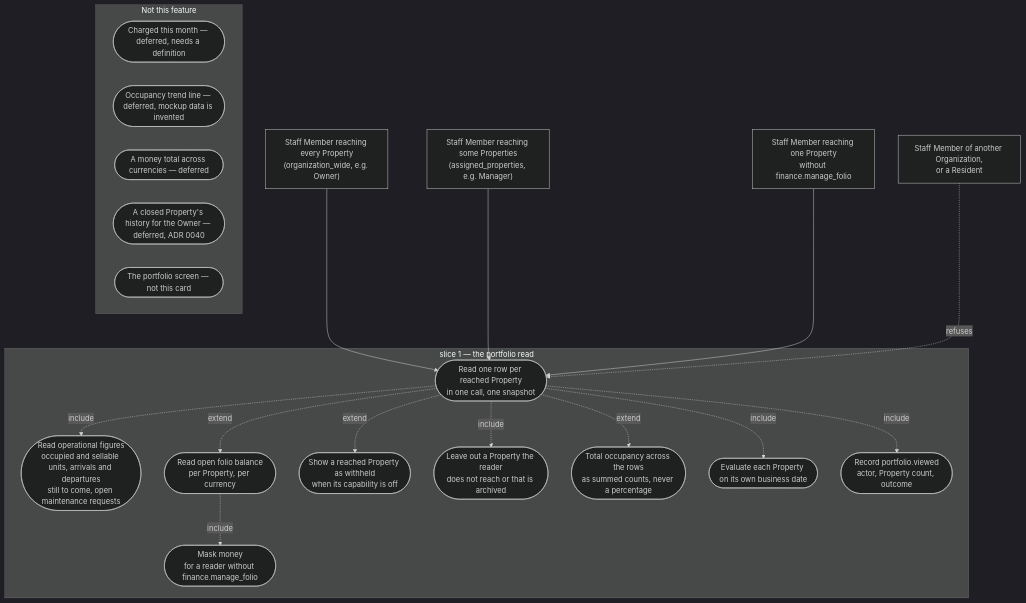
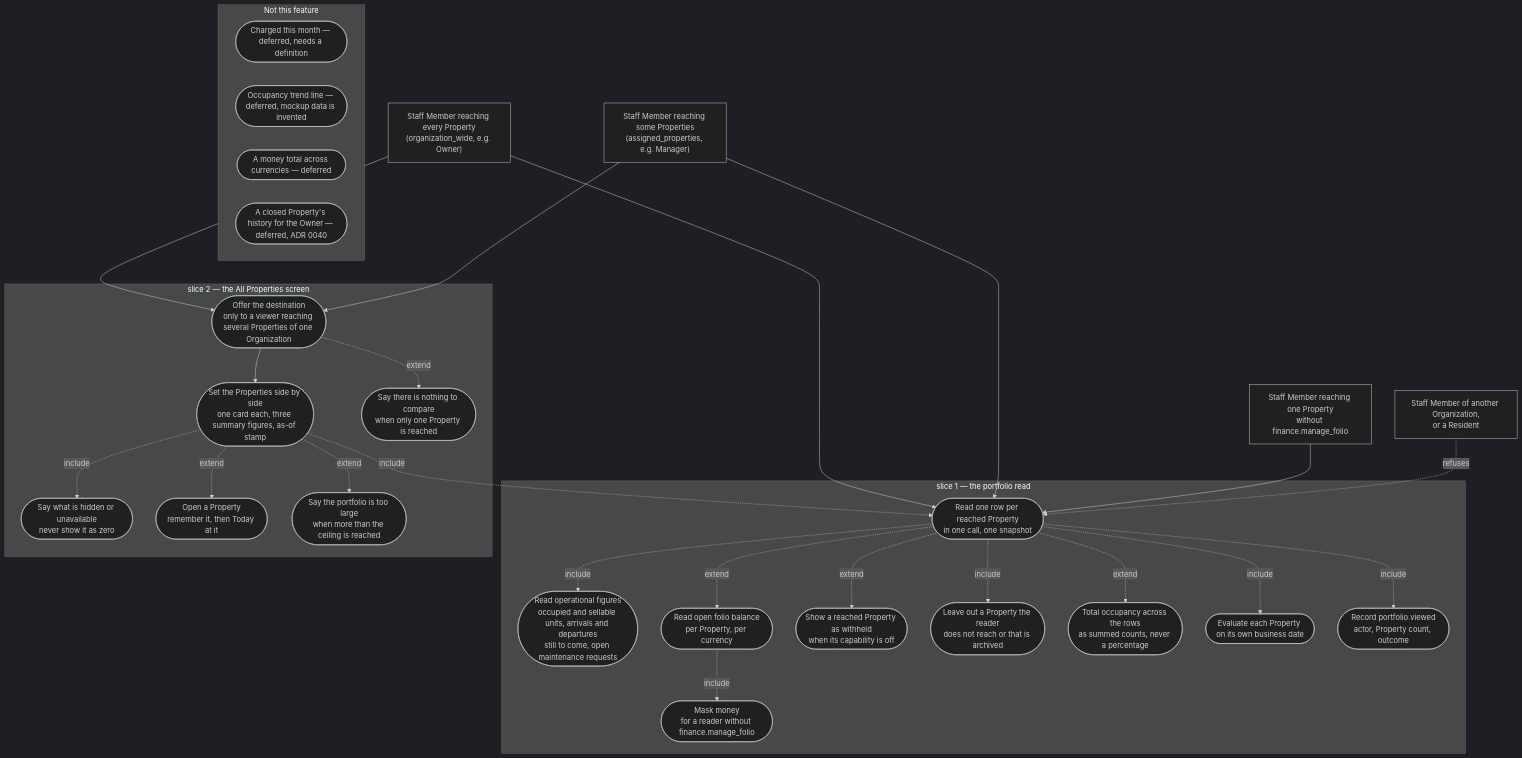
Before and after one commit to prizic/ranza: the diagram in docs/features/portfolio/use-case.mmd, drawn with Mermaid (dark theme). The commit also changed 28 other files, not shown here.

First line of the commit message:
feat(portfolio): an owner compares two Properties side by side on All Properties

```diff
--- a/docs/features/portfolio/use-case.mmd
+++ b/docs/features/portfolio/use-case.mmd
@@ -1,45 +1,62 @@
 %% Slices decide implementation order and nothing else:
 %%   s1 the read: one figure set per Property the viewer reaches, gates asked once per Property
-%% The screen is not this slice. "Screen: nothing" on the card means the contract is what ships.
+%%   s2 the screen: All Properties, drawn from the s1 read and nothing else (rows PF-S2-*, proposed)
 %% A flowchart rather than usecase-beta: see .claude/skills/feature-design/SKILL.md step b.
 %% Refusals and empty answers are rows in edge-cases.csv, not use cases.
 flowchart TD
 
   OWNER["Staff Member reaching every Property<br/>(organization_wide, e.g. Owner)"]
   MANAGER["Staff Member reaching some Properties<br/>(assigned_properties, e.g. Manager)"]
   DESK["Staff Member reaching one Property<br/>without finance.manage_folio"]
   OUTSIDER["Staff Member of another Organization,<br/>or a Resident"]
 
   subgraph S1["slice 1 &mdash; the portfolio read"]
     LIST(["Read one row per reached Property<br/>in one call, one snapshot"])
     OPS(["Read operational figures<br/>occupied and sellable units, arrivals and departures<br/>still to come, open maintenance requests"])
     MONEY(["Read open folio balance<br/>per Property, per currency"])
     MASK(["Mask money<br/>for a reader without finance.manage_folio"])
     WITHHOLD(["Show a reached Property as withheld<br/>when its capability is off"])
     ABSENT(["Leave out a Property the reader<br/>does not reach or that is archived"])
     TOTAL(["Total occupancy across the rows<br/>as summed counts, never a percentage"])
     OWNDAY(["Evaluate each Property on its own business date"])
     REPORT(["Record portfolio.viewed<br/>actor, Property count, outcome"])
   end
 
   subgraph OUT["Not this feature"]
     CHARGED(["Charged this month &mdash; deferred, needs a definition"])
     TREND(["Occupancy trend line &mdash; deferred, mockup data is invented"])
     CONVERT(["A money total across currencies &mdash; deferred"])
     CLOSED(["A closed Property's history for the Owner &mdash; deferred, ADR 0040"])
-    SCREEN(["The portfolio screen &mdash; not this card"])
+  end
+
+  subgraph S2["slice 2 &mdash; the All Properties screen"]
+    OFFER(["Offer the destination<br/>only to a viewer reaching several Properties of one Organization"])
+    COMPARE(["Set the Properties side by side<br/>one card each, three summary figures, as-of stamp"])
+    SAYHIDDEN(["Say what is hidden or unavailable<br/>never show it as zero"])
+    OPEN(["Open a Property<br/>remember it, then Today at it"])
+    ONE(["Say there is nothing to compare<br/>when only one Property is reached"])
+    REFUSED(["Say the portfolio is too large<br/>when more than the ceiling is reached"])
   end
 
   OWNER --> LIST
   MANAGER --> LIST
   DESK --> LIST
   OUTSIDER -. refuses .-> LIST
 
   LIST -. include .-> OWNDAY
   LIST -. include .-> OPS
   LIST -. include .-> ABSENT
   LIST -. include .-> REPORT
   LIST -. extend .-> TOTAL
   LIST -. extend .-> MONEY
   LIST -. extend .-> WITHHOLD
   MONEY -. include .-> MASK
+
+  OWNER --> OFFER
+  MANAGER --> OFFER
+  OFFER --> COMPARE
+  COMPARE -. include .-> LIST
+  COMPARE -. include .-> SAYHIDDEN
+  COMPARE -. extend .-> OPEN
+  OFFER -. extend .-> ONE
+  COMPARE -. extend .-> REFUSED
```
